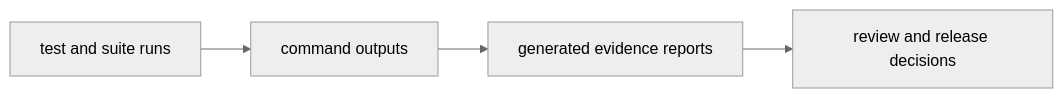
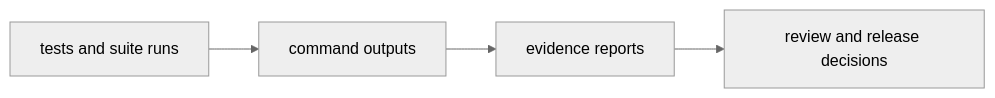
The diagram in docs/bijux-dev/operations/evidence-collection.md (bijux/bijux-cli), drawn with Mermaid (neutral theme) before and after one commit. The commit also changed other lines of this file, not shown here.

Commit message:
docs(dev-operations): clarify evidence collection

````diff
--- a/docs/bijux-dev/operations/evidence-collection.md
+++ b/docs/bijux-dev/operations/evidence-collection.md
@@ -17,6 +21,6 @@
 ```mermaid
 flowchart LR
-    tests[test and suite runs] --> outputs[command outputs]
-    outputs --> reports[generated evidence reports]
-    reports --> review[review and release decisions]
+    tests["tests and suite runs"] --> outputs["command outputs"]
+    outputs --> reports["evidence reports"]
+    reports --> review["review and release decisions"]
 ```
````
